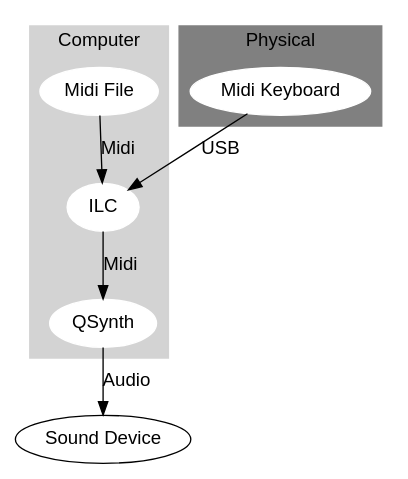
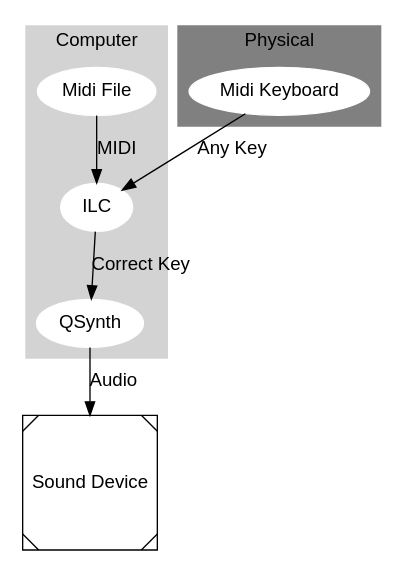
One commit to obook/I-like-Chopin changed the diagram in ILC.gv. Above: the diagram before and after it, drawn with Graphviz. The commit also changed 2 other files, not shown here.

```diff
--- a/ILC.gv
+++ b/ILC.gv
@@ -1,30 +1,31 @@
 digraph G {
         fontname="Helvetica,Arial,sans-serif"
         node [fontname="Helvetica,Arial,sans-serif"]
         edge [fontname="Helvetica,Arial,sans-serif"]
         /* layout=neato */
 
         subgraph cluster_0 {
                 label = "Computer";
                 style=filled;
                 color=lightgrey;
                 node [style=filled,color=white];
-                ILC -> QSynth [label="Midi"]
-                {"Midi File"} -> ILC [label="Midi"]
+                ILC -> QSynth [label="Correct Key"]
+                {"Midi File"} -> ILC [label="MIDI"]
         }
 
         subgraph cluster_1 {
                 label = "Physical";
                 style=filled;
                 color=lightgrey;
                 node [style=filled,color=white];
-                {"Midi Keyboard"} -> ILC [label="USB"]
+                {"Midi Keyboard"} -> ILC [label="Any Key"]
                 color=grey
         }
 
 
         QSynth -> {"Sound Device"} [label="Audio"]
 
-        /* layout=neato */
+        "Sound Device" [shape=Msquare];
+
 
 }
```
